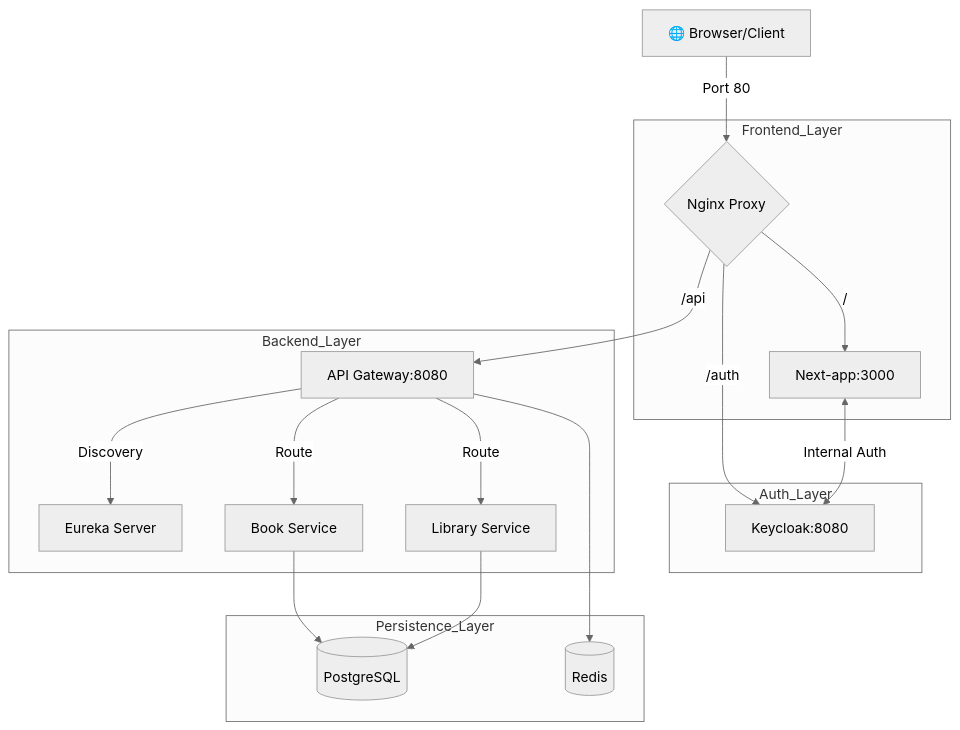
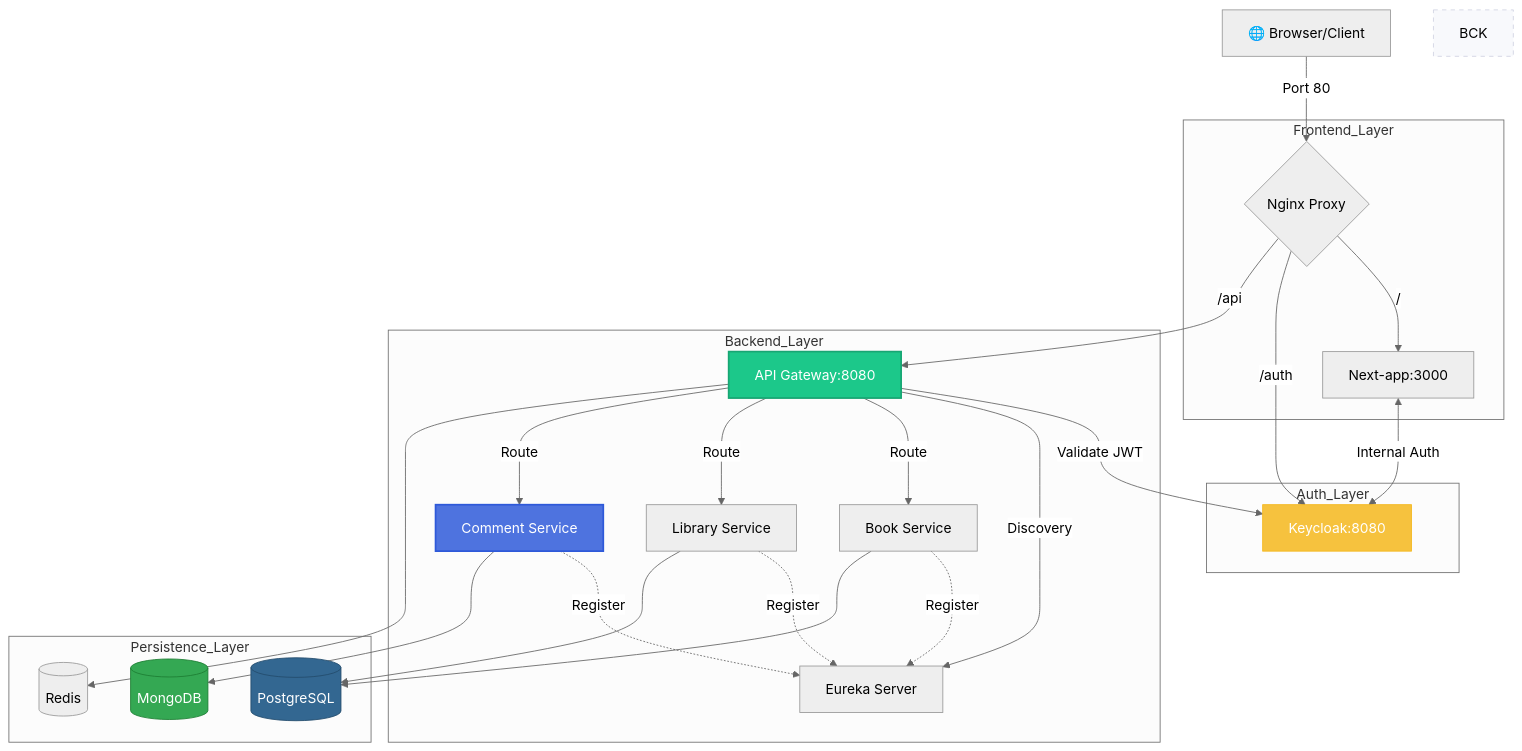
Before and after one commit to chilistyle/qm-service: the diagram in README.md, drawn with Mermaid (neutral theme). The commit also changed other lines of this file and 16 other files, not shown here.

````diff
--- a/README.md
+++ b/README.md
@@ -15,26 +15,48 @@
 ```mermaid
 graph TD
     Client[🌐 Browser/Client] -->|Port 80| Nginx{Nginx Proxy}
     
     subgraph Frontend_Layer
         Nginx -->|/| Next[Next-app:3000]
     end
 
     subgraph Auth_Layer
         Nginx -->|/auth| KC[Keycloak:8080]
         Next <-->|Internal Auth| KC
     end
 
     subgraph Backend_Layer
         Nginx -->|/api| AGW[API Gateway:8080]
+        
+        %% Auth Check Logic
+        AGW -->|Validate JWT| KC
+        
         AGW -->|Discovery| Eureka[Eureka Server]
+        
         AGW -->|Route| BS[Book Service]
         AGW -->|Route| LS[Library Service]
+        AGW -->|Route| CS[Comment Service]
+        
+        CS -.->|Register| Eureka
+        BS -.->|Register| Eureka
+        LS -.->|Register| Eureka
     end
 
     subgraph Persistence_Layer
-        BS --> DB[(PostgreSQL)]
-        LS --> DB
+        BS --> DB_PG[(PostgreSQL)]
+        LS --> DB_PG
+        
+        CS --> DB_MG[(MongoDB)]
+       
+       
         AGW --> RD[(Redis)]
     end
+
+    %% Styles
+    style CS fill:#4e73df,stroke:#2e59d9,color:#fff,stroke-width:2px
+    style AGW fill:#1cc88a,stroke:#17a673,color:#fff,stroke-width:2px
+    style DB_MG fill:#34a853,stroke:#1e7e34,color:#fff
+    style DB_PG fill:#336791,stroke:#244c6d,color:#fff
+    style BCK fill:#f8f9fc,stroke:#d1d3e2,stroke-dasharray: 5 5
+    style KC fill:#f6c23e,stroke:#f4b619,color:#fff
 ```
````
